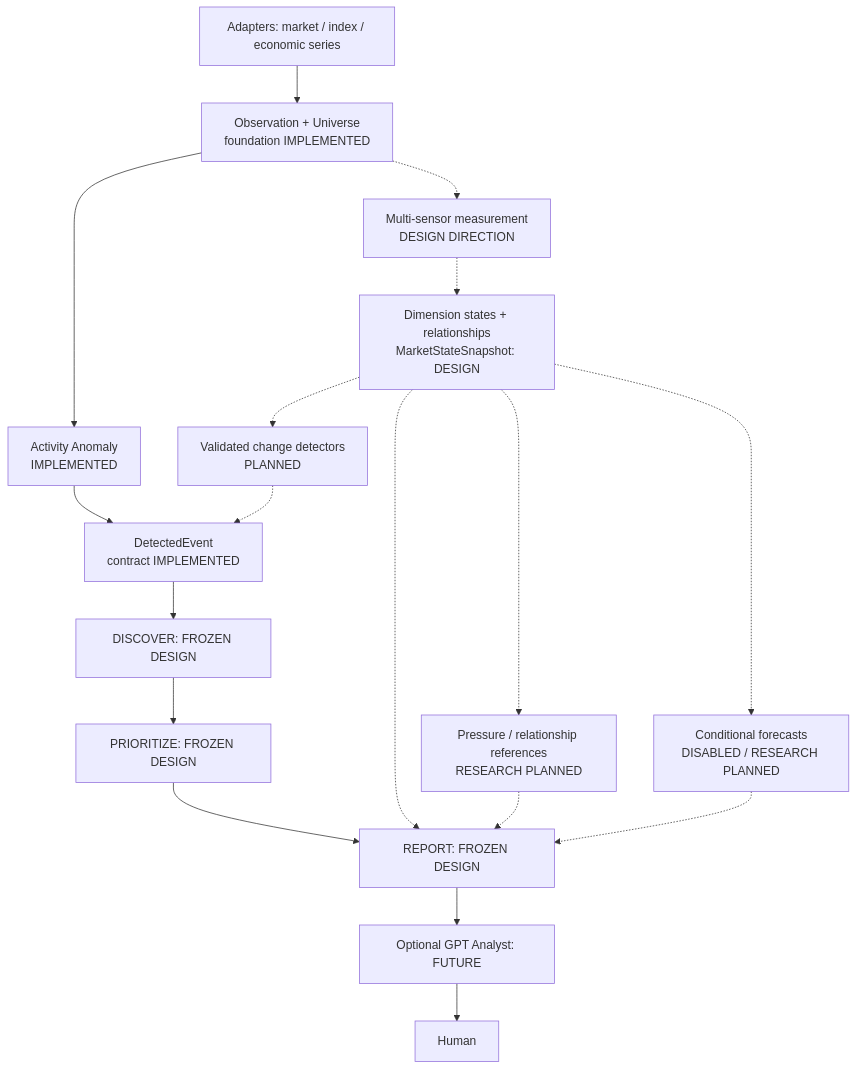
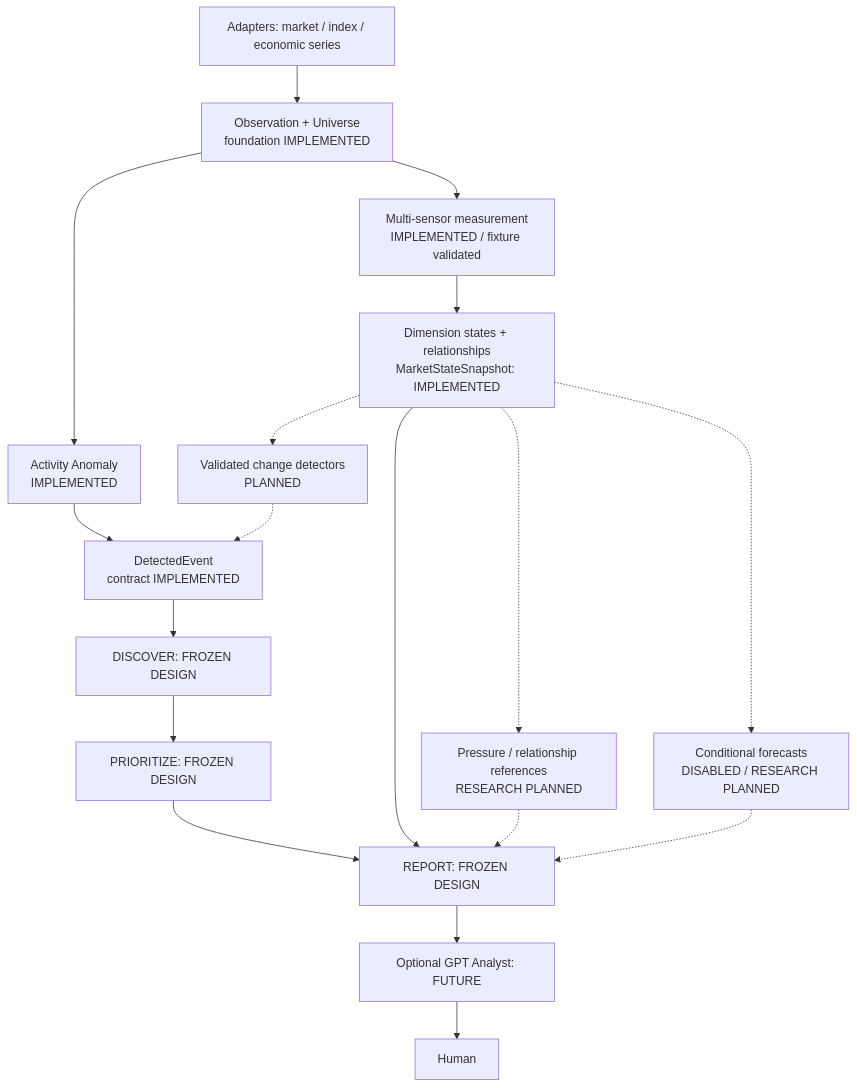
Before and after one commit to Daxoniel/DX27-Trading-Engine: the first of 2 diagrams in docs/architecture/system-overview.md, drawn with Mermaid. The commit also changed other lines of this file and 11 other files, not shown here.

````diff
--- a/docs/architecture/system-overview.md
+++ b/docs/architecture/system-overview.md
@@ -33,20 +36,20 @@
 ```mermaid
 flowchart TB
     Data["Adapters: market / index / economic series"] --> Observation["Observation + Universe<br/>foundation IMPLEMENTED"]
     Observation --> Activity["Activity Anomaly<br/>IMPLEMENTED"]
     Activity --> Event["DetectedEvent<br/>contract IMPLEMENTED"]
-    Observation -.-> Sensors["Multi-sensor measurement<br/>DESIGN DIRECTION"]
-    Sensors -.-> State["Dimension states + relationships<br/>MarketStateSnapshot: DESIGN"]
+    Observation --> Sensors["Multi-sensor measurement<br/>IMPLEMENTED / fixture validated"]
+    Sensors --> State["Dimension states + relationships<br/>MarketStateSnapshot: IMPLEMENTED"]
     State -.-> Change["Validated change detectors<br/>PLANNED"]
     Change -.-> Event
     State -.-> Reference["Pressure / relationship references<br/>RESEARCH PLANNED"]
     State -.-> Forecast["Conditional forecasts<br/>DISABLED / RESEARCH PLANNED"]
     Event --> Discovery["DISCOVER: FROZEN DESIGN"]
     Discovery --> Priority["PRIORITIZE: FROZEN DESIGN"]
     Priority --> Report["REPORT: FROZEN DESIGN"]
-    State -.-> Report
+    State --> Report
     Reference -.-> Report
     Forecast -.-> Report
     Report --> Analyst["Optional GPT Analyst: FUTURE"]
     Analyst --> Human["Human"]
 ```
````
